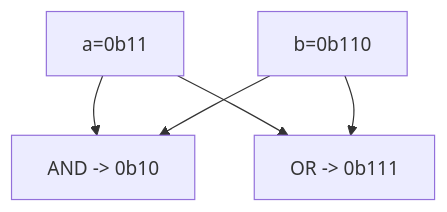
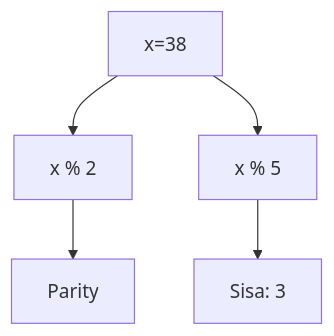
Before and after one commit to amnahwaida/OSNK_INF_PREP: the sixth of 25 diagrams in part-c-pemahaman-cpp/06-bitwise/latihan/set-09.md, drawn with Mermaid. The commit also changed other lines of this file and 71 other files, not shown here.

````diff
--- a/part-c-pemahaman-cpp/06-bitwise/latihan/set-09.md
+++ b/part-c-pemahaman-cpp/06-bitwise/latihan/set-09.md
@@ -184,7 +176,7 @@
 ```mermaid
 graph TD
-    A["a=0b11"] --> C["AND -> 0b10"]
-    B["b=0b110"] --> C
-    A --> D["OR  -> 0b111"]
-    B --> D
+A[x=38] --> B[x % 2]
+B --> C[Parity]
+A --> D[x % 5]
+D --> E[Sisa: 3]
 ```
````
